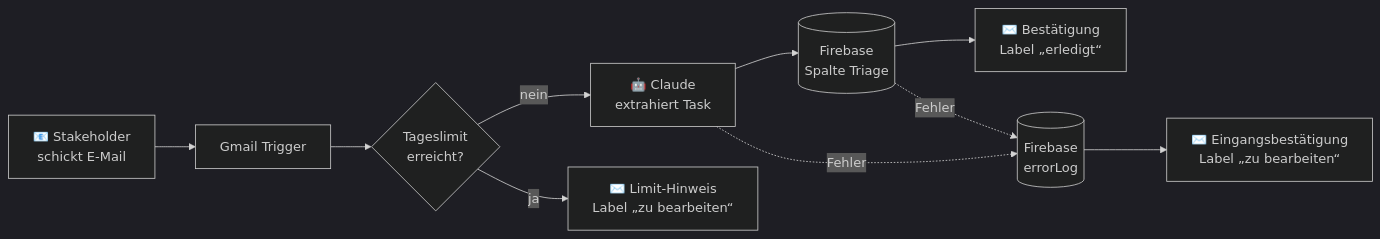
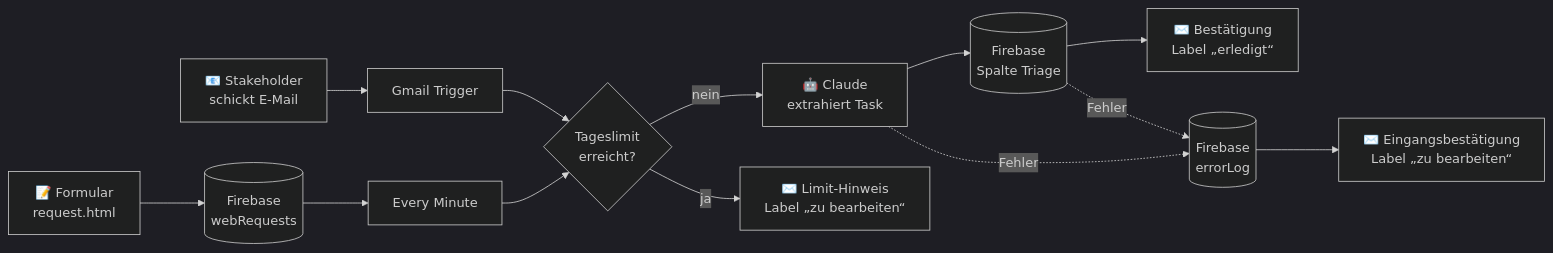
The diagram in README.md (dfo81/Join_V2_Ai), drawn with Mermaid (dark theme) before and after one commit. The commit also changed other lines of this file and 10 other files, not shown here.

First line of the commit message:
Add web request form and align welcome/stakeholder pages with Figma

````diff
--- a/README.md
+++ b/README.md
@@ -58,12 +58,15 @@
 ```mermaid
 flowchart LR
     A[📧 Stakeholder<br/>schickt E-Mail] --> B[Gmail Trigger]
+    W[📝 Formular<br/>request.html] --> Q[(Firebase<br/>webRequests)]
+    Q --> T[Every Minute]
     B --> C{Tageslimit<br/>erreicht?}
+    T --> C
     C -- nein --> D[🤖 Claude<br/>extrahiert Task]
     D --> E[(Firebase<br/>Spalte Triage)]
     E --> F[✉️ Bestätigung<br/>Label „erledigt“]
     C -- ja --> G[✉️ Limit-Hinweis<br/>Label „zu bearbeiten“]
     D -. Fehler .-> L[(Firebase<br/>errorLog)]
     E -. Fehler .-> L
     L --> H[✉️ Eingangsbestätigung<br/>Label „zu bearbeiten“]
 ```
````
